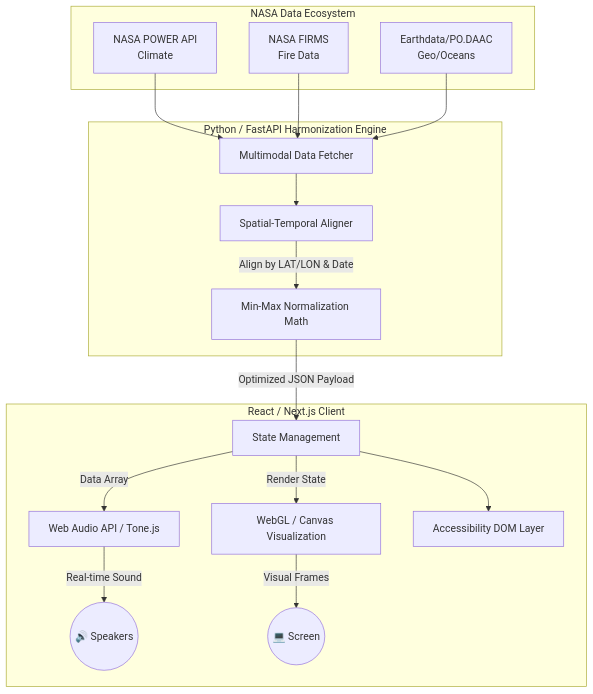
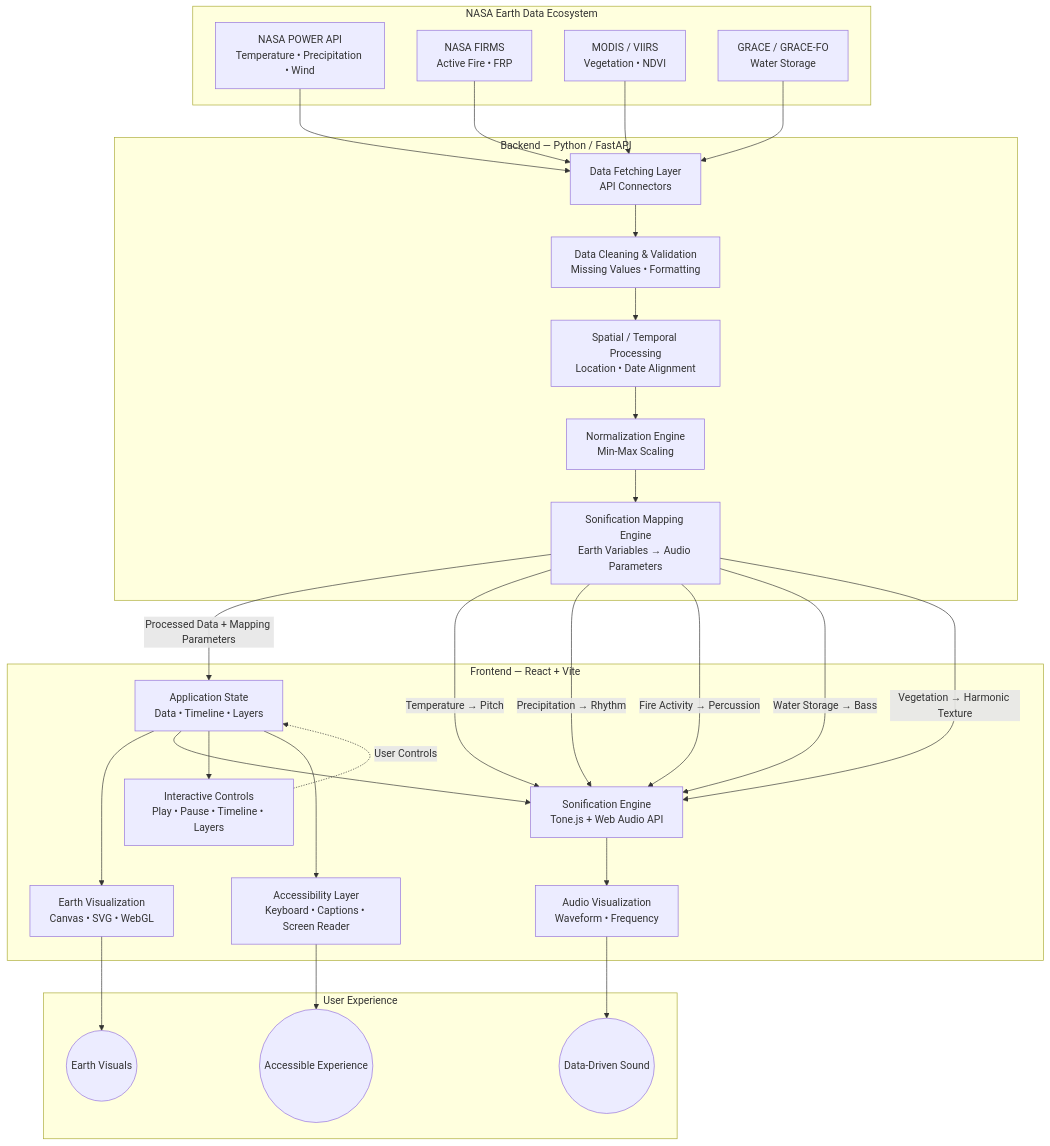
Before and after one commit to CrimsonCompiler/Prism-Tone: the diagram in README.md, drawn with Mermaid. The commit also changed other lines of this file, not shown here.

````diff
--- a/README.md
+++ b/README.md
@@ -81,34 +239,64 @@
 ```mermaid
 graph TD
-subgraph NASA Data Ecosystem
-   A[NASA POWER API <br/> Climate] 
-   B[NASA FIRMS <br/> Fire Data]
-   C[Earthdata/PO.DAAC <br/> Geo/Oceans]
+
+subgraph NASA["NASA Earth Data Ecosystem"]
+    A["NASA POWER API<br/>Temperature • Precipitation • Wind"]
+    B["NASA FIRMS<br/>Active Fire • FRP"]
+    C["MODIS / VIIRS<br/>Vegetation • NDVI"]
+    D["GRACE / GRACE-FO<br/>Water Storage"]
 end
 
-subgraph Backend [Python / FastAPI Harmonization Engine]
-   D[Multimodal Data Fetcher]
-   E[Spatial-Temporal Aligner]
-   F[Min-Max Normalization Math]
-     
-   A --> D
-   B --> D
-   C --> D
-   D --> E
-   E -->|Align by LAT/LON & Date| F
+subgraph BACKEND["Backend — Python / FastAPI"]
+    E["Data Fetching Layer<br/>API Connectors"]
+    F["Data Cleaning & Validation<br/>Missing Values • Formatting"]
+    G["Spatial / Temporal Processing<br/>Location • Date Alignment"]
+    H["Normalization Engine<br/>Min-Max Scaling"]
+    I["Sonification Mapping Engine<br/>Earth Variables → Audio Parameters"]
 end
 
-subgraph Frontend [React / Next.js Client]
-   G[State Management]
-   H[Web Audio API / Tone.js]
-   I[WebGL / Canvas Visualization]
-   J[Accessibility DOM Layer]
-   
-   F -->|Optimized JSON Payload| G
-   G -->|Data Array| H
-   G -->|Render State| I
-   H -->|Real-time Sound| Output((🔊 Speakers))
-   I -->|Visual Frames| Screen((💻 Screen))
-   G --> J
+subgraph FRONTEND["Frontend — React + Vite"]
+    J["Application State<br/>Data • Timeline • Layers"]
+    K["Earth Visualization<br/>Canvas • SVG • WebGL"]
+    L["Sonification Engine<br/>Tone.js + Web Audio API"]
+    M["Audio Visualization<br/>Waveform • Frequency"]
+    N["Interactive Controls<br/>Play • Pause • Timeline • Layers"]
+    O["Accessibility Layer<br/>Keyboard • Captions • Screen Reader"]
 end
+
+subgraph OUTPUT["User Experience"]
+    P(("Earth Visuals"))
+    Q(("Data-Driven Sound"))
+    R(("Accessible Experience"))
+end
+
+A --> E
+B --> E
+C --> E
+D --> E
+
+E --> F
+F --> G
+G --> H
+H --> I
+
+I -->|"Processed Data + Mapping Parameters"| J
+
+J --> K
+J --> L
+J --> N
+J --> O
+
+L --> M
+M --> Q
+
+K --> P
+O --> R
+
+N -.->|"User Controls"| J
+
+I -->|"Temperature → Pitch"| L
+I -->|"Precipitation → Rhythm"| L
+I -->|"Fire Activity → Percussion"| L
+I -->|"Water Storage → Bass"| L
+I -->|"Vegetation → Harmonic Texture"| L
 ```
````
